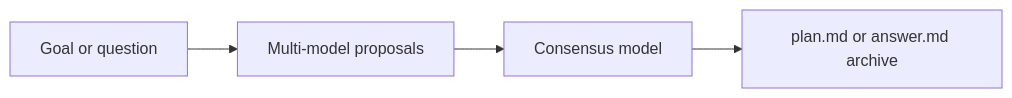
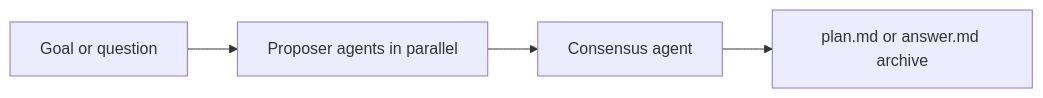
Before and after one commit to marianocarrazana/planner-ai: the diagram in README.md, drawn with Mermaid. The commit also changed other lines of this file, not shown here.

Commit message:
Enhance README to clarify multi-agent and multi-model functionality, detailing the roles of proposer and consensus agents in both Plan and Ask modes.

````diff
--- a/README.md
+++ b/README.md
@@ -109,6 +111,6 @@
 ```mermaid
 flowchart LR
-  Goal[Goal or question] --> Models[Multi-model proposals]
-  Models --> Consensus[Consensus model]
+  Goal[Goal or question] --> Proposers[Proposer agents in parallel]
+  Proposers --> Consensus[Consensus agent]
   Consensus --> Plan[plan.md or answer.md archive]
 ```
````
